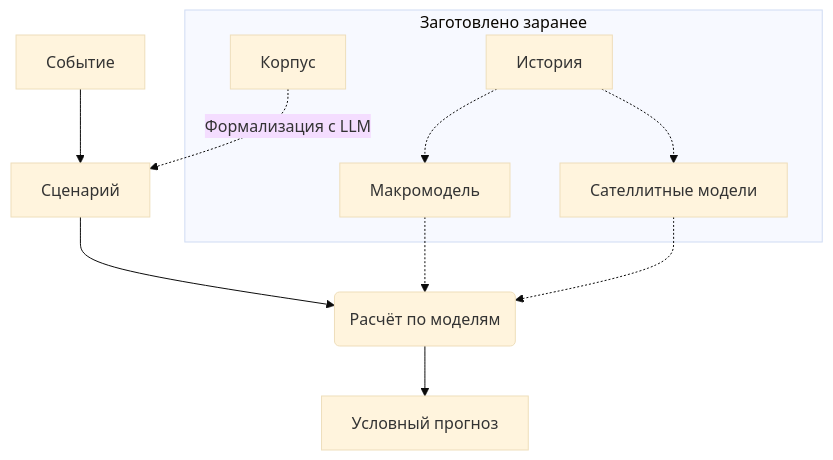
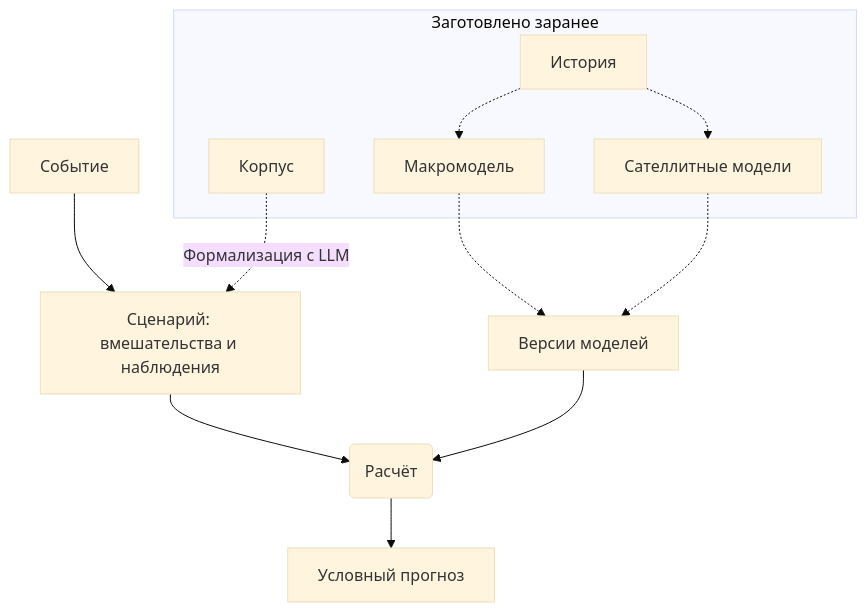
One commit to LeoLourson/MacroStress-DSH changed the diagram in docs/concept/formalization.md. Above: the diagram before and after it, drawn with Mermaid (base theme). The commit also changed other lines of this file and 61 other files, not shown here.

````diff
--- a/docs/concept/formalization.md
+++ b/docs/concept/formalization.md
@@ -5,14 +5,15 @@
 ```mermaid
 flowchart TB
-    E["Событие"] --> S["Сценарий"]
-    S --> C("Расчёт по моделям")
+    E["Событие"] --> S["Сценарий: вмешательства и наблюдения"]
+    S --> C("Расчёт")
+    V["Версии моделей"] --> C
     C --> R["Условный прогноз"]
     subgraph prepared["Заготовлено заранее"]
         K["Корпус"]
         H["История"] -.-> M["Макромодель"]
         H -.-> N["Сателлитные модели"]
     end
     K -.->|Формализация с LLM| S
-    M -.-> C
-    N -.-> C
+    M -.-> V
+    N -.-> V
 ```
````
